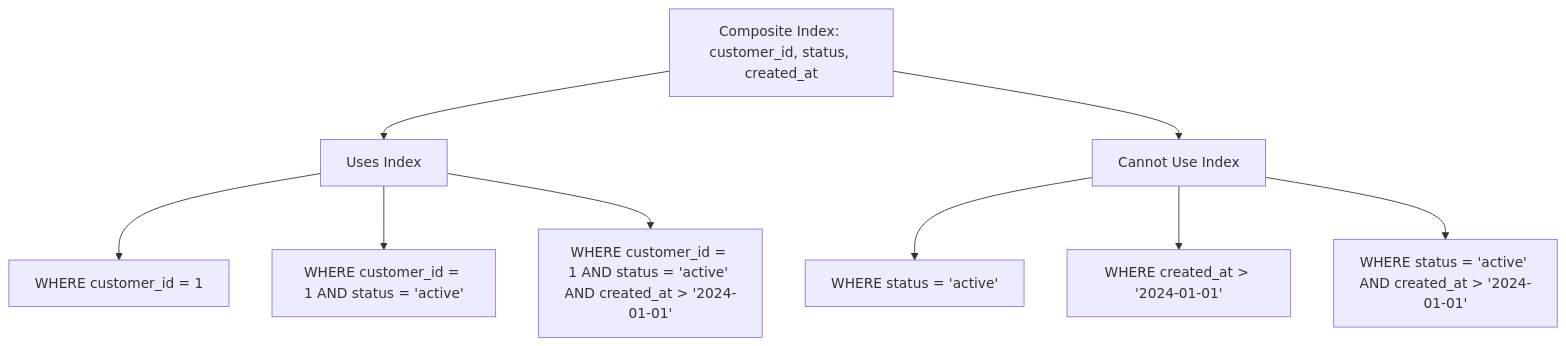
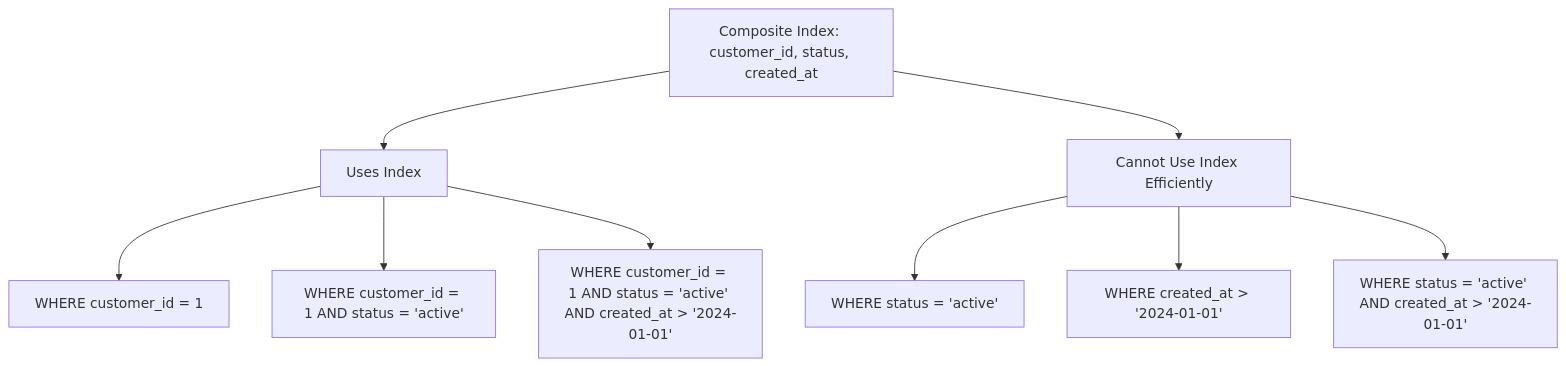
The second of 3 diagrams in posts/2026-01-24-mysql-index-optimization/README.md (OneUptime/blog), drawn with Mermaid before and after one commit. The commit also changed other lines of this file and 2 other files, not shown here.

Commit message:
validate: 2026-01-24-mysql-index-optimization

````diff
--- a/posts/2026-01-24-mysql-index-optimization/README.md
+++ b/posts/2026-01-24-mysql-index-optimization/README.md
@@ -115,14 +115,14 @@
 ```mermaid
 flowchart TD
     A[Composite Index: customer_id, status, created_at]
     A --> B[Uses Index]
-    A --> C[Cannot Use Index]
+    A --> C[Cannot Use Index Efficiently]
 
     B --> B1["WHERE customer_id = 1"]
     B --> B2["WHERE customer_id = 1 AND status = 'active'"]
     B --> B3["WHERE customer_id = 1 AND status = 'active' AND created_at > '2024-01-01'"]
 
     C --> C1["WHERE status = 'active'"]
     C --> C2["WHERE created_at > '2024-01-01'"]
     C --> C3["WHERE status = 'active' AND created_at > '2024-01-01'"]
 ```
````
